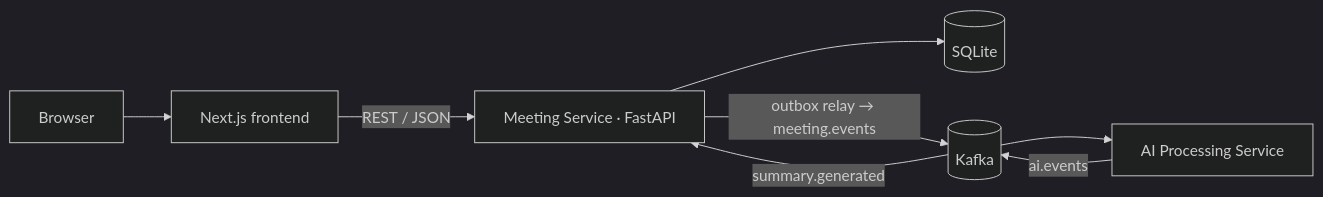
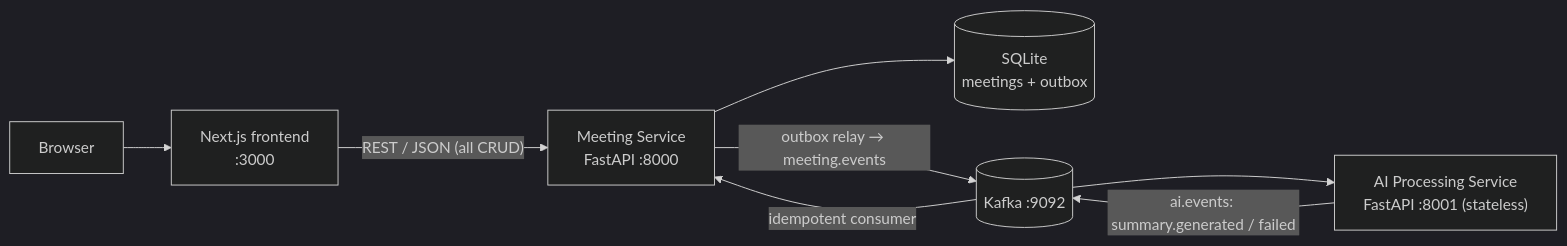
One commit to madhavgaba2005/fireflies-clone changed the first of 2 diagrams in README.md. Above: the diagram before and after it, drawn with Mermaid (dark theme). The commit also changed other lines of this file and 17 other files, not shown here.

````diff
--- a/README.md
+++ b/README.md
@@ -103,10 +94,10 @@
 ```mermaid
 flowchart LR
-    B[Browser] --> FE[Next.js frontend]
-    FE -->|REST / JSON| MS[Meeting Service · FastAPI]
-    MS --> DB[(SQLite)]
-    MS -->|outbox relay → meeting.events| K[(Kafka)]
-    K --> AI[AI Processing Service]
-    AI -->|ai.events| K
-    K -->|summary.generated| MS
+    B[Browser] --> FE["Next.js frontend<br/>:3000"]
+    FE -->|"REST / JSON (all CRUD)"| MS["Meeting Service<br/>FastAPI :8000"]
+    MS --> DB[("SQLite<br/>meetings + outbox")]
+    MS -->|"outbox relay → meeting.events"| K[("Kafka :9092")]
+    K --> AI["AI Processing Service<br/>FastAPI :8001 (stateless)"]
+    AI -->|"ai.events: summary.generated / failed"| K
+    K -->|"idempotent consumer"| MS
 ```
````
